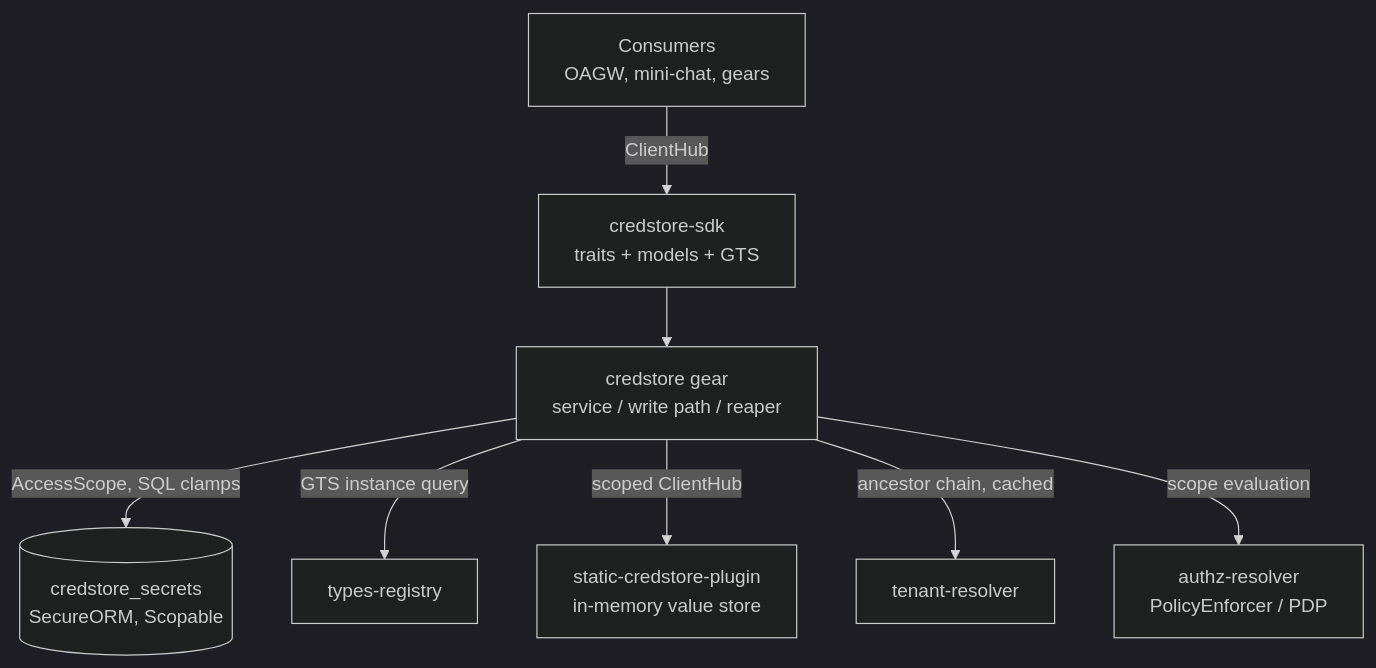
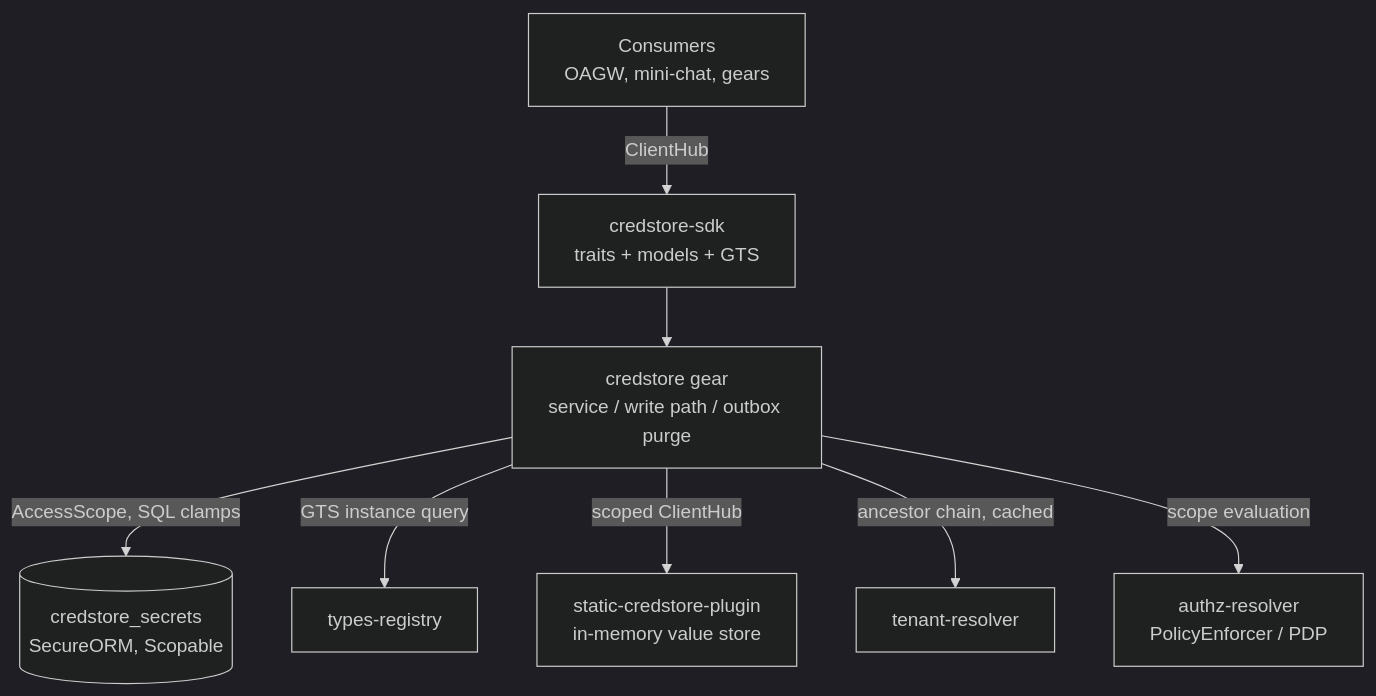
One commit to constructorfabric/gears-rust changed the first of 5 diagrams in gears/credstore/docs/DESIGN.md. Above: the diagram before and after it, drawn with Mermaid (dark theme). The commit also changed other lines of this file and 4 other files, not shown here.

````diff
--- a/gears/credstore/docs/DESIGN.md
+++ b/gears/credstore/docs/DESIGN.md
@@ -305,19 +307,19 @@
 ```mermaid
 graph TB
     Consumer[Consumers<br/>OAGW, mini-chat, gears]
     SDK[credstore-sdk<br/>traits + models + GTS]
-    GW[credstore gear<br/>service / write path / reaper]
+    GW[credstore gear<br/>service / write path / outbox purge]
     REPO[(credstore_secrets<br/>SecureORM, Scopable)]
     SP[static-credstore-plugin<br/>in-memory value store]
     PDP[authz-resolver<br/>PolicyEnforcer / PDP]
     TR[tenant-resolver]
     TReg[types-registry]
 
     Consumer -->|ClientHub| SDK
     SDK --> GW
     GW -->|AccessScope, SQL clamps| REPO
     GW -->|GTS instance query| TReg
     GW -->|scoped ClientHub| SP
     GW -->|ancestor chain, cached| TR
     GW -->|scope evaluation| PDP
 ```
````
